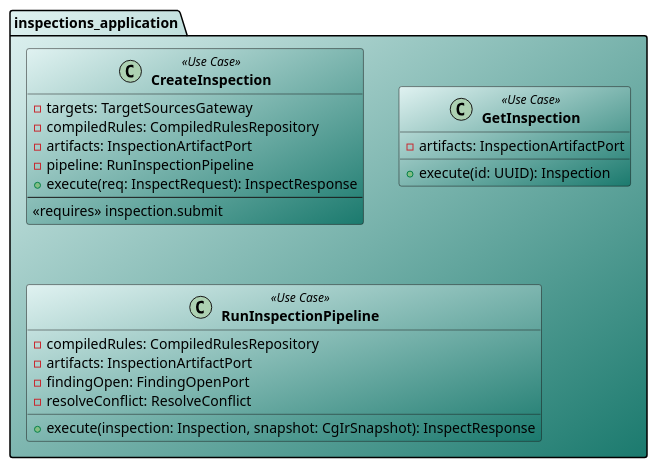
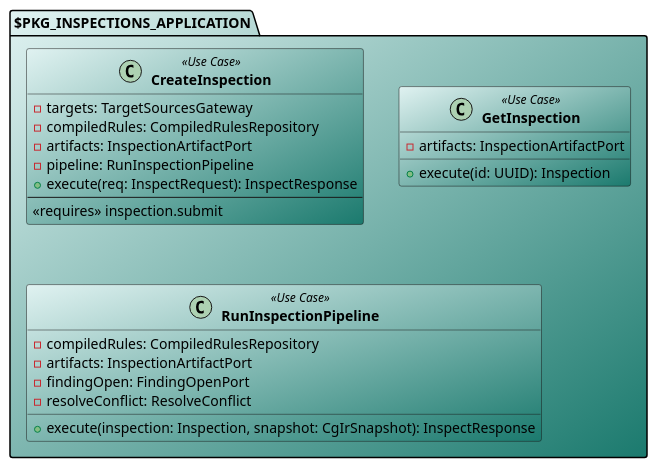
The diagram in docs/class/common/cd_section_app_inspect.puml (salimnamvar/selma), drawn with PlantUML before and after one commit. The commit also changed 35 other files, not shown here.

```diff
--- a/docs/class/common/cd_section_app_inspect.puml
+++ b/docs/class/common/cd_section_app_inspect.puml
@@ -1,31 +1,31 @@
 ' Section: cd_section_app_inspect.puml
 
-package "inspections_application" as UC_INS #E0F2F1/1B7A6E {
+package "$PKG_INSPECTIONS_APPLICATION" as UC_INS #E0F2F1/1B7A6E {
 
   class "**CreateInspection**" as CreateInspection <<Use Case>> #E0F2F1/1B7A6E {
     - targets: TargetSourcesGateway
     - compiledRules: CompiledRulesRepository
     - artifacts: InspectionArtifactPort
     - pipeline: RunInspectionPipeline
     + execute(req: InspectRequest): InspectResponse
     --
     <<requires>> inspection.submit
   }
 
   class "**GetInspection**" as GetInspection <<Use Case>> #E0F2F1/1B7A6E {
     - artifacts: InspectionArtifactPort
     + execute(id: UUID): Inspection
   }
 
   class "**RunInspectionPipeline**" as RunInspectionPipeline <<Use Case>> #E0F2F1/1B7A6E {
     - compiledRules: CompiledRulesRepository
     - artifacts: InspectionArtifactPort
     - findingOpen: FindingOpenPort
     - resolveConflict: ResolveConflict
     + execute(inspection: Inspection, snapshot: CgIrSnapshot): InspectResponse
   }
 }
 
 ' ═══════════════════════════════════════════════════════════
 '  findings_application
 ' ═══════════════════════════════════════════════════════════
```
